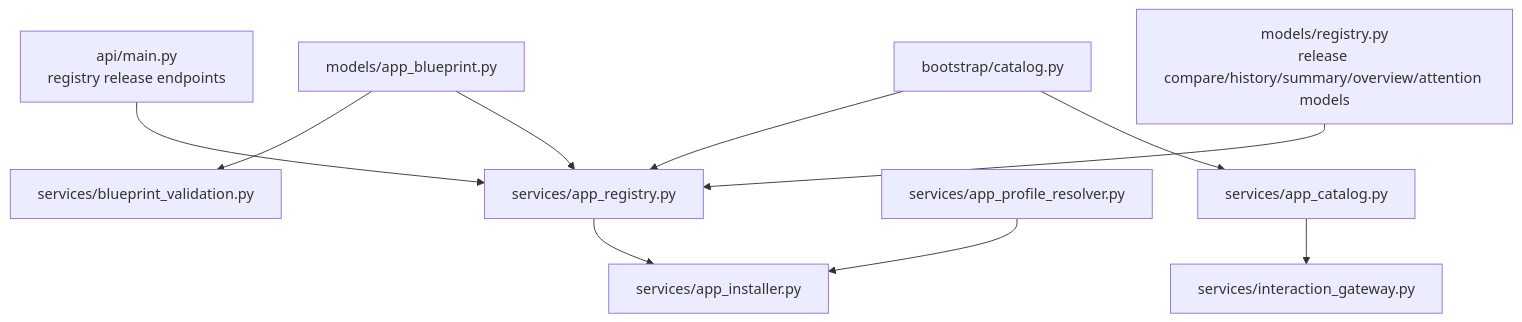
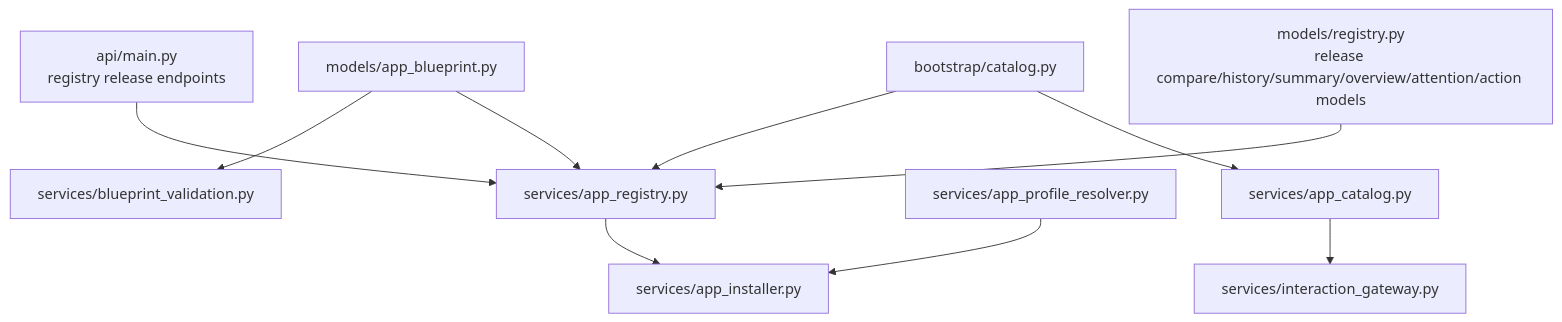
Before and after one commit to wangchienbo/AgentSystem: the third of 20 diagrams in docs/system-relationship-map.md, drawn with Mermaid. The commit also changed other lines of this file and 3 other files, not shown here.

Commit message:
docs: document app operator attention actions

````diff
--- a/docs/system-relationship-map.md
+++ b/docs/system-relationship-map.md
@@ -98,12 +98,12 @@
 ```mermaid
 graph TD
     AB[models/app_blueprint.py] --> AR[services/app_registry.py]
     AB --> BV[services/blueprint_validation.py]
-    MREG[models/registry.py\nrelease compare/history/summary/overview/attention models] --> AR[services/app_registry.py]
+    MREG[models/registry.py\nrelease compare/history/summary/overview/attention/action models] --> AR[services/app_registry.py]
     APIREG[api/main.py\nregistry release endpoints] --> AR
     AR --> AI[services/app_installer.py]
     APR[services/app_profile_resolver.py] --> AI
     ACAT[services/app_catalog.py] --> IG[services/interaction_gateway.py]
     BCAT[bootstrap/catalog.py] --> ACAT
     BCAT --> AR
 ```
````
